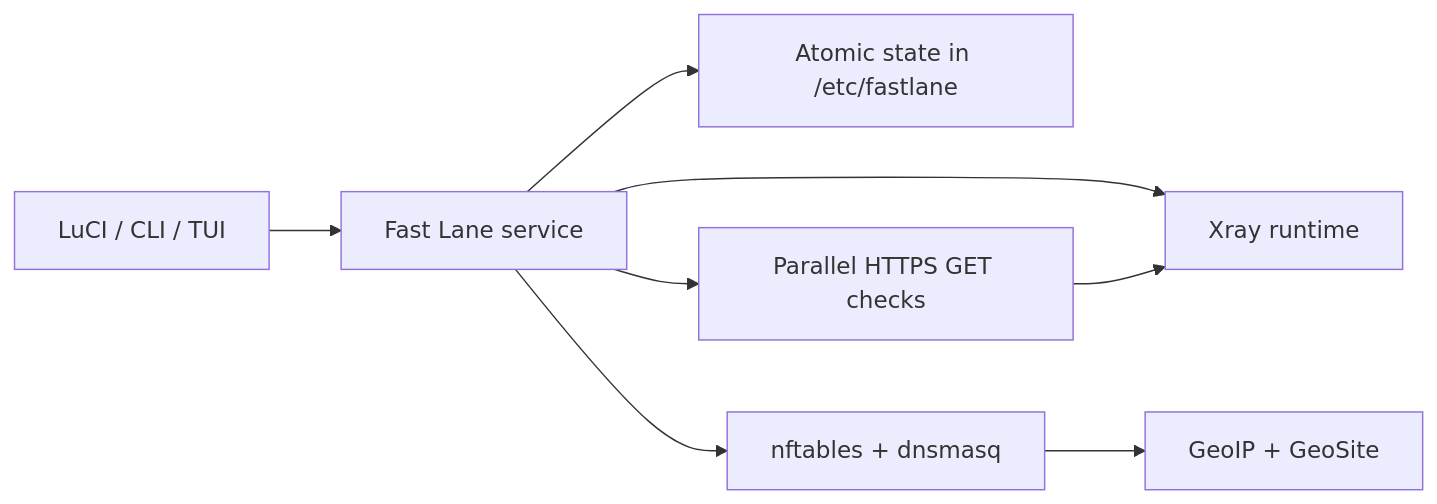
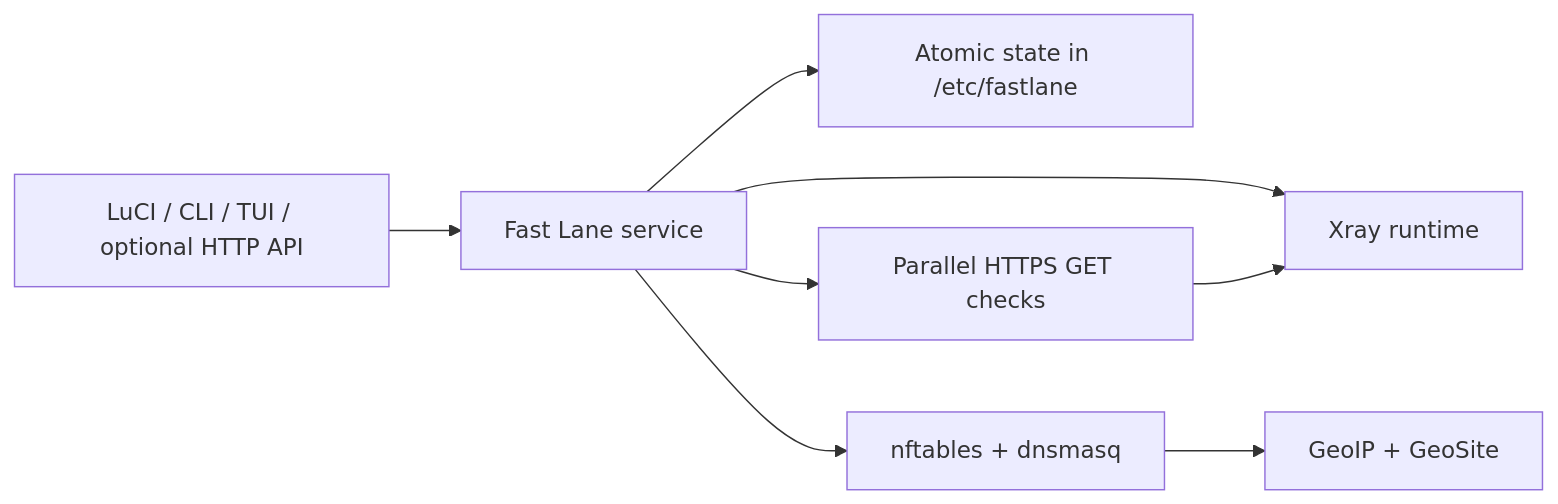
One commit to design-maestro/fastlane changed the diagram in README.md. Above: the diagram before and after it, drawn with Mermaid. The commit also changed other lines of this file and 16 other files, not shown here.

````diff
--- a/README.md
+++ b/README.md
@@ -57,10 +58,10 @@
 ```mermaid
 flowchart LR
-    UI[LuCI / CLI / TUI] --> APP[Fast Lane service]
+    UI[LuCI / CLI / TUI / optional HTTP API] --> APP[Fast Lane service]
     APP --> STORE[Atomic state in /etc/fastlane]
     APP --> XRAY[Xray runtime]
     APP --> CHECKS[Parallel HTTPS GET checks]
     CHECKS --> XRAY
     APP --> ROUTING[nftables + dnsmasq]
     ROUTING --> GEO[GeoIP + GeoSite]
 ```
````
